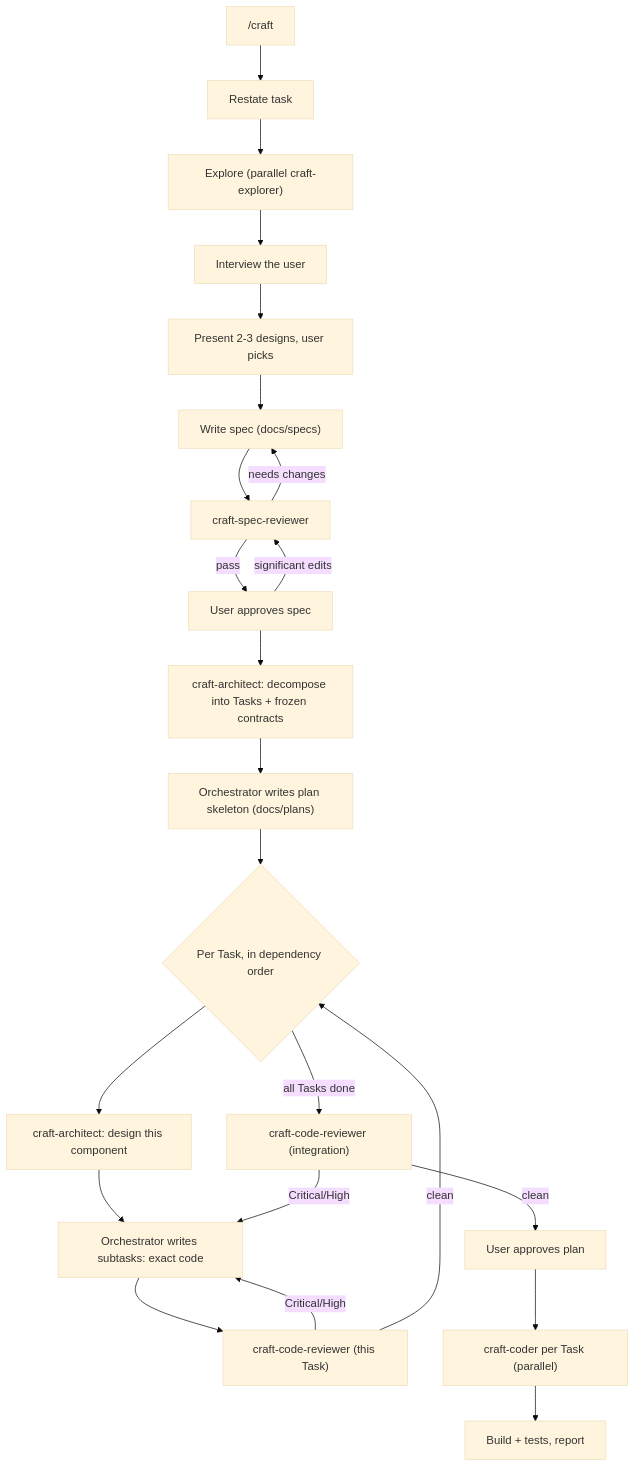
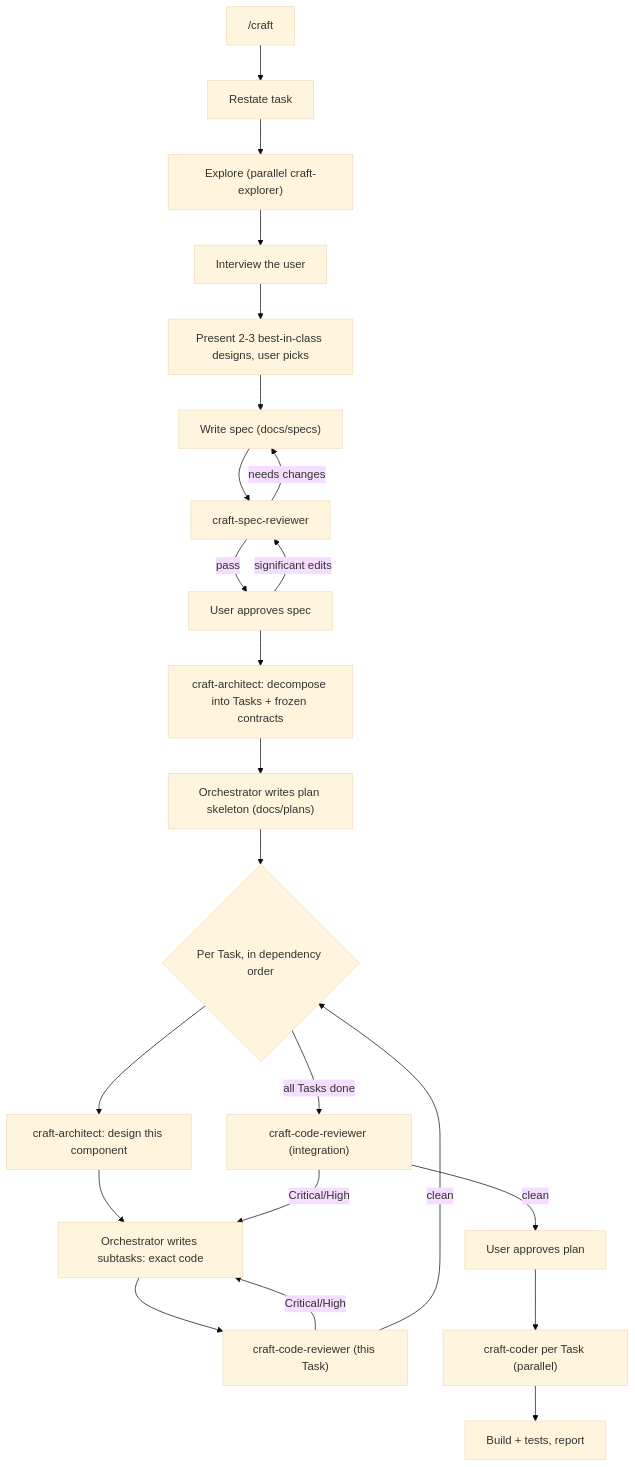
The diagram in README.md (AidenHadisi/craft), drawn with Mermaid (base theme) before and after one commit. The commit also changed other lines of this file and 1 other file, not shown here.

First line of the commit message:
docs: surface best-solution bar in README

````diff
--- a/README.md
+++ b/README.md
@@ -25,25 +25,25 @@
 ```mermaid
 flowchart TD
     start["/craft"] --> understand["Restate task"]
     understand --> explore["Explore (parallel craft-explorer)"]
     explore --> interview["Interview the user"]
-    interview --> designs["Present 2-3 designs, user picks"]
+    interview --> designs["Present 2-3 best-in-class designs, user picks"]
     designs --> spec["Write spec (docs/specs)"]
     spec --> specrev["craft-spec-reviewer"]
     specrev -->|needs changes| spec
     specrev -->|pass| userspec["User approves spec"]
     userspec -->|significant edits| specrev
     userspec --> decompose["craft-architect: decompose into Tasks + frozen contracts"]
     decompose --> skeleton["Orchestrator writes plan skeleton (docs/plans)"]
     skeleton --> taskloop{"Per Task, in dependency order"}
     taskloop --> design["craft-architect: design this component"]
     design --> write["Orchestrator writes subtasks: exact code"]
     write --> taskrev["craft-code-reviewer (this Task)"]
     taskrev -->|Critical/High| write
     taskrev -->|clean| taskloop
     taskloop -->|all Tasks done| integrev["craft-code-reviewer (integration)"]
     integrev -->|Critical/High| write
     integrev -->|clean| userplan["User approves plan"]
     userplan --> build["craft-coder per Task (parallel)"]
     build --> verify["Build + tests, report"]
 ```
````
